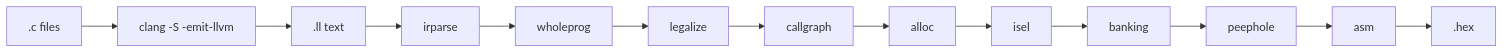
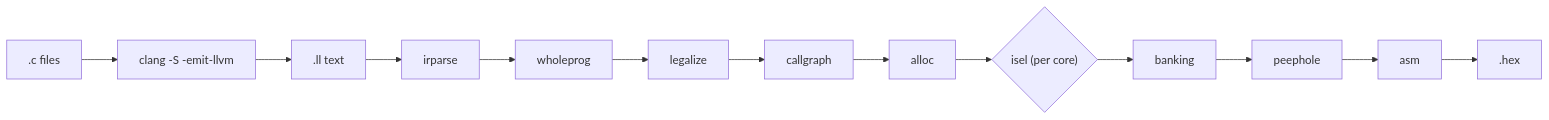
Before and after one commit to apojomovsky/epic-cc: the diagram in README.md, drawn with Mermaid. The commit also changed other lines of this file, not shown here.

````diff
--- a/README.md
+++ b/README.md
@@ -129,7 +144,7 @@
 ```mermaid
 flowchart LR
     C[".c files"] --> CLANG["clang -S -emit-llvm"] --> LL[".ll text"]
     LL --> IRP["irparse"] --> WP["wholeprog"] --> LEG["legalize"]
-    LEG --> CG["callgraph"] --> AL["alloc"] --> ISEL["isel"]
+    LEG --> CG["callgraph"] --> AL["alloc"] --> ISEL{"isel (per core)"}
     ISEL --> BK["banking"] --> PH["peephole"] --> ASM["asm"] --> HEX[".hex"]
 ```
````
